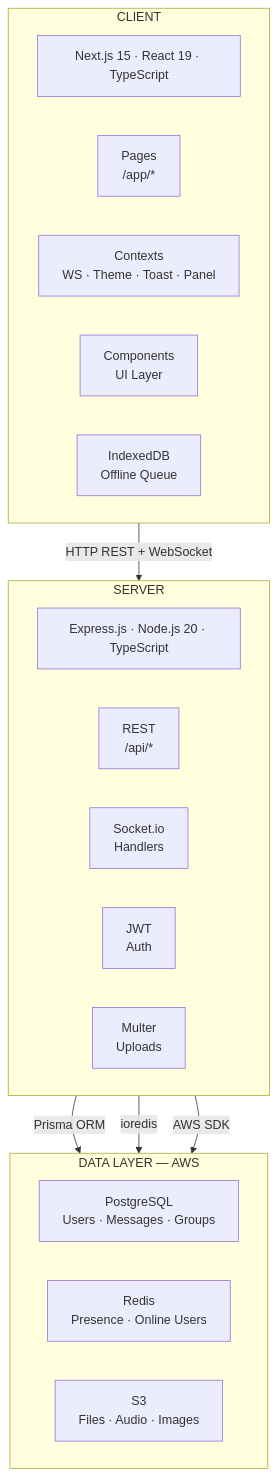
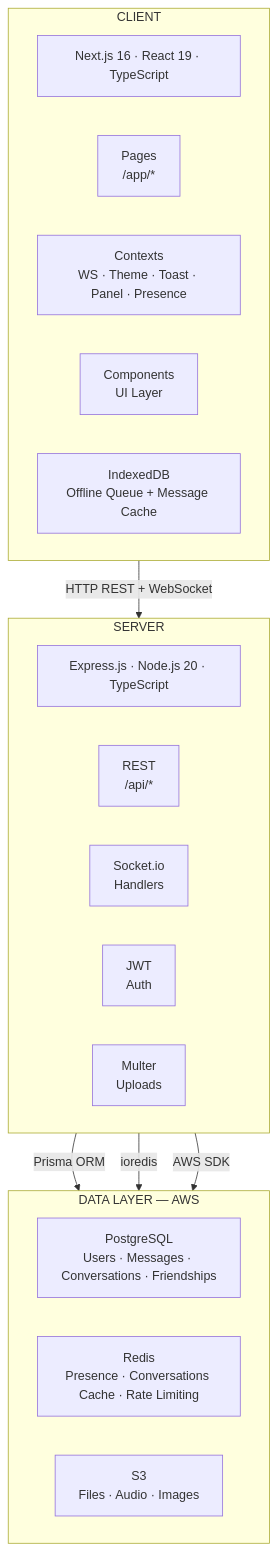
Before and after one commit to neofuture/chatr: the first of 7 diagrams in Documentation/Architecture/index.md, drawn with Mermaid. The commit also changed other lines of this file and 158 other files, not shown here.

````diff
--- a/Documentation/Architecture/index.md
+++ b/Documentation/Architecture/index.md
@@ -9,32 +9,32 @@
 ```mermaid
 graph TB
     subgraph CLIENT
         direction LR
-        CT["Next.js 15 · React 19 · TypeScript"]
+        CT["Next.js 16 · React 19 · TypeScript"]
         Pages["Pages<br/>/app/*"]
-        Contexts["Contexts<br/>WS · Theme · Toast · Panel"]
+        Contexts["Contexts<br/>WS · Theme · Toast · Panel · Presence"]
         Components["Components<br/>UI Layer"]
-        IDB["IndexedDB<br/>Offline Queue"]
+        IDB["IndexedDB<br/>Offline Queue + Message Cache"]
     end
 
     subgraph SERVER
         direction LR
         ST["Express.js · Node.js 20 · TypeScript"]
         REST["REST<br/>/api/*"]
         WS["Socket.io<br/>Handlers"]
         JWT["JWT<br/>Auth"]
         Multer["Multer<br/>Uploads"]
     end
 
     subgraph DATA["DATA LAYER — AWS"]
         direction LR
-        PG["PostgreSQL<br/>Users · Messages · Groups"]
-        Redis["Redis<br/>Presence · Online Users"]
+        PG["PostgreSQL<br/>Users · Messages · Conversations · Friendships"]
+        Redis["Redis<br/>Presence · Conversations Cache · Rate Limiting"]
         S3["S3<br/>Files · Audio · Images"]
     end
 
     CLIENT -->|"HTTP REST + WebSocket"| SERVER
     SERVER -->|"Prisma ORM"| PG
     SERVER -->|"ioredis"| Redis
     SERVER -->|"AWS SDK"| S3
 ```
````
